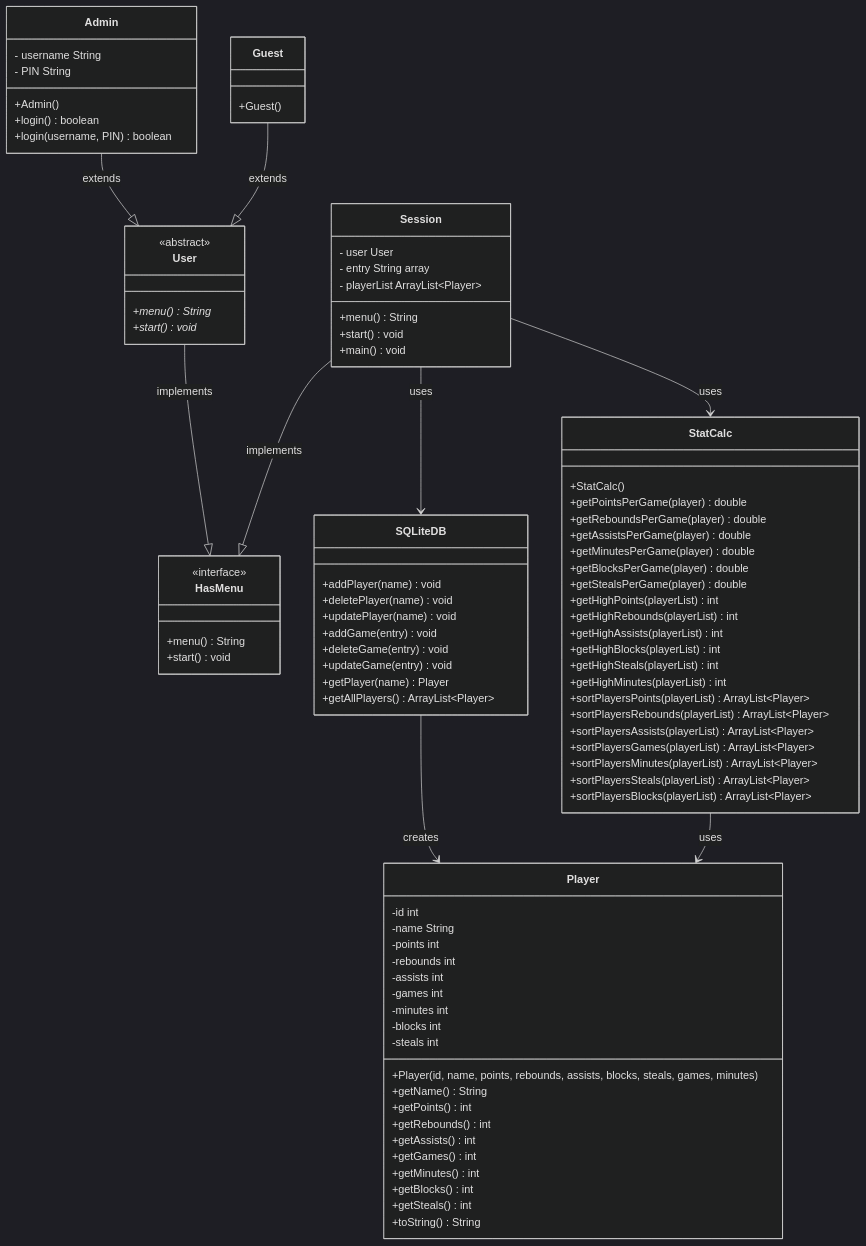
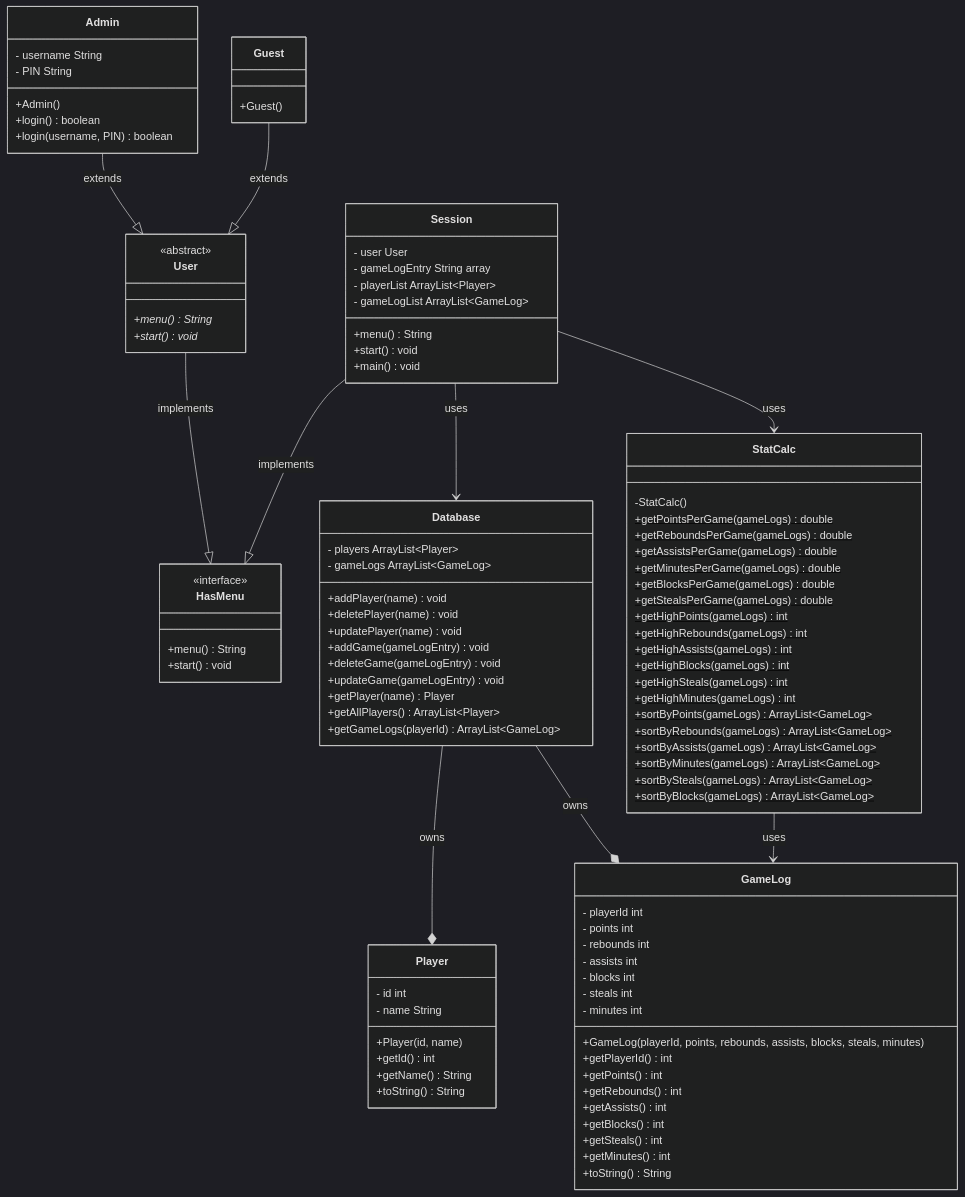
One commit to tommym-r/cs121finalProject changed the diagram in README.md. Above: the diagram before and after it, drawn with Mermaid (dark theme).

Commit message:
Update README.md
Updated UML to reflect OOP approach to database as opposed to SQL

````diff
--- a/README.md
+++ b/README.md
@@ -10,62 +10,68 @@
     +start() void
 }
 
-
-class SQLiteDB{
+class Database{
+    - players ArrayList~Player~
+    - gameLogs ArrayList~GameLog~
     +addPlayer(name) void
     +deletePlayer(name) void
     +updatePlayer(name) void
-    +addGame(entry) void
-    +deleteGame(entry) void
-    +updateGame(entry) void
+    +addGame(gameLogEntry) void
+    +deleteGame(gameLogEntry) void
+    +updateGame(gameLogEntry) void
     +getPlayer(name) Player
-    +getAllPlayers() ArrayList~Player~ 
+    +getAllPlayers() ArrayList~Player~
+    +getGameLogs(playerId) ArrayList~GameLog~
+}
 
+class GameLog{
+    - playerId int
+    - points int
+    - rebounds int
+    - assists int
+    - blocks int
+    - steals int
+    - minutes int
+    +GameLog(playerId, points, rebounds, assists, blocks, steals, minutes)
+    +getPlayerId() int
+    +getPoints() int
+    +getRebounds() int
+    +getAssists() int
+    +getBlocks() int
+    +getSteals() int
+    +getMinutes() int
+    +toString() String
 }
 
 class Player{
-    -id int
-    -name String
-    -points int
-    -rebounds int
-    -assists int
-    -games int
-    -minutes int
-    -blocks int
-    -steals int
-    +Player(id, name, points, rebounds, assists, blocks, steals, games, minutes)
+    - id int
+    - name String
+    +Player(id, name)
+    +getId() int
     +getName() String
-    +getPoints() int
-    +getRebounds() int
-    +getAssists() int
-    +getGames() int
-    +getMinutes() int
-    +getBlocks() int
-    +getSteals() int
     +toString() String
 }
 
 class StatCalc {
-    +StatCalc()
-    +getPointsPerGame(player) double
-    +getReboundsPerGame(player) double
-    +getAssistsPerGame(player) double
-    +getMinutesPerGame(player) double
-    +getBlocksPerGame(player) double
-    +getStealsPerGame(player) double
-    +getHighPoints(playerList) int
-    +getHighRebounds(playerList) int
-    +getHighAssists(playerList) int
-    +getHighBlocks(playerList) int
-    +getHighSteals(playerList) int
-    +getHighMinutes(playerList) int
-    +sortPlayersPoints(playerList) ArrayList~Player~
-    +sortPlayersRebounds(playerList) ArrayList~Player~
-    +sortPlayersAssists(playerList) ArrayList~Player~
-    +sortPlayersGames(playerList) ArrayList~Player~
-    +sortPlayersMinutes(playerList) ArrayList~Player~
-    +sortPlayersSteals(playerList) ArrayList~Player~
-    +sortPlayersBlocks(playerList) ArrayList~Player~
+    -StatCalc()
+    +getPointsPerGame(gameLogs) double$
+    +getReboundsPerGame(gameLogs) double$
+    +getAssistsPerGame(gameLogs) double$
+    +getMinutesPerGame(gameLogs) double$
+    +getBlocksPerGame(gameLogs) double$
+    +getStealsPerGame(gameLogs) double$
+    +getHighPoints(gameLogs) int$
+    +getHighRebounds(gameLogs) int$
+    +getHighAssists(gameLogs) int$
+    +getHighBlocks(gameLogs) int$
+    +getHighSteals(gameLogs) int$
+    +getHighMinutes(gameLogs) int$
+    +sortByPoints(gameLogs) ArrayList~GameLog~$
+    +sortByRebounds(gameLogs) ArrayList~GameLog~$
+    +sortByAssists(gameLogs) ArrayList~GameLog~$
+    +sortByMinutes(gameLogs) ArrayList~GameLog~$
+    +sortBySteals(gameLogs) ArrayList~GameLog~$
+    +sortByBlocks(gameLogs) ArrayList~GameLog~$
 }
 
 class User{
@@ -88,8 +94,9 @@
 
 class Session{
     - user User
-    - entry String array
+    - gameLogEntry String array
     - playerList ArrayList~Player~
+    - gameLogList ArrayList~GameLog~
     +menu() String
     +start() void
     +main() void
@@ -99,8 +106,9 @@
 Guest --|> User : extends
 User --|> HasMenu : implements
 Session --|> HasMenu : implements
-Session --> SQLiteDB : uses
+Session --> Database : uses
 Session --> StatCalc : uses
-SQLiteDB --> Player : creates
-StatCalc --> Player : uses
+Database --* Player : owns
+Database --* GameLog : owns
+StatCalc --> GameLog : uses
 ```
````
